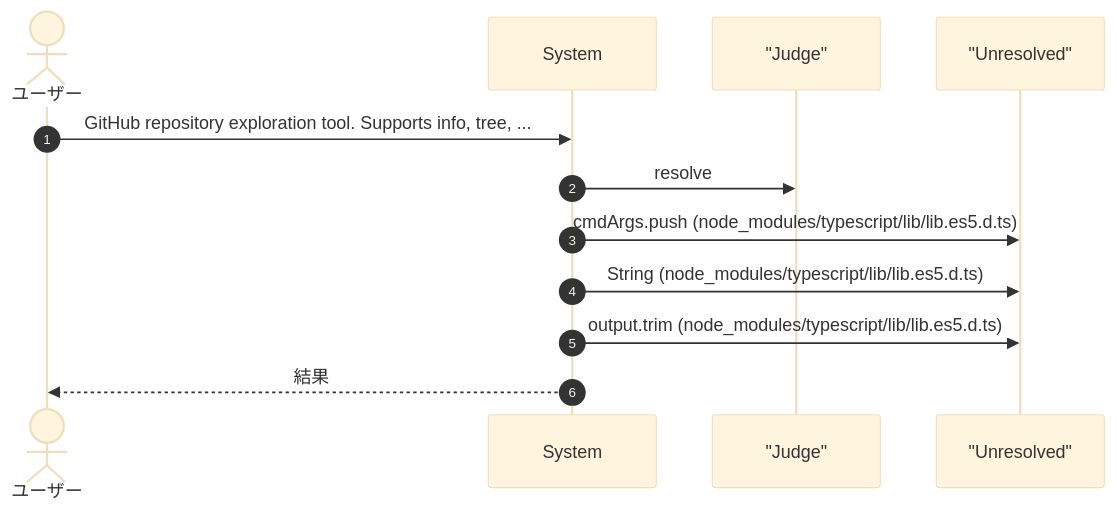
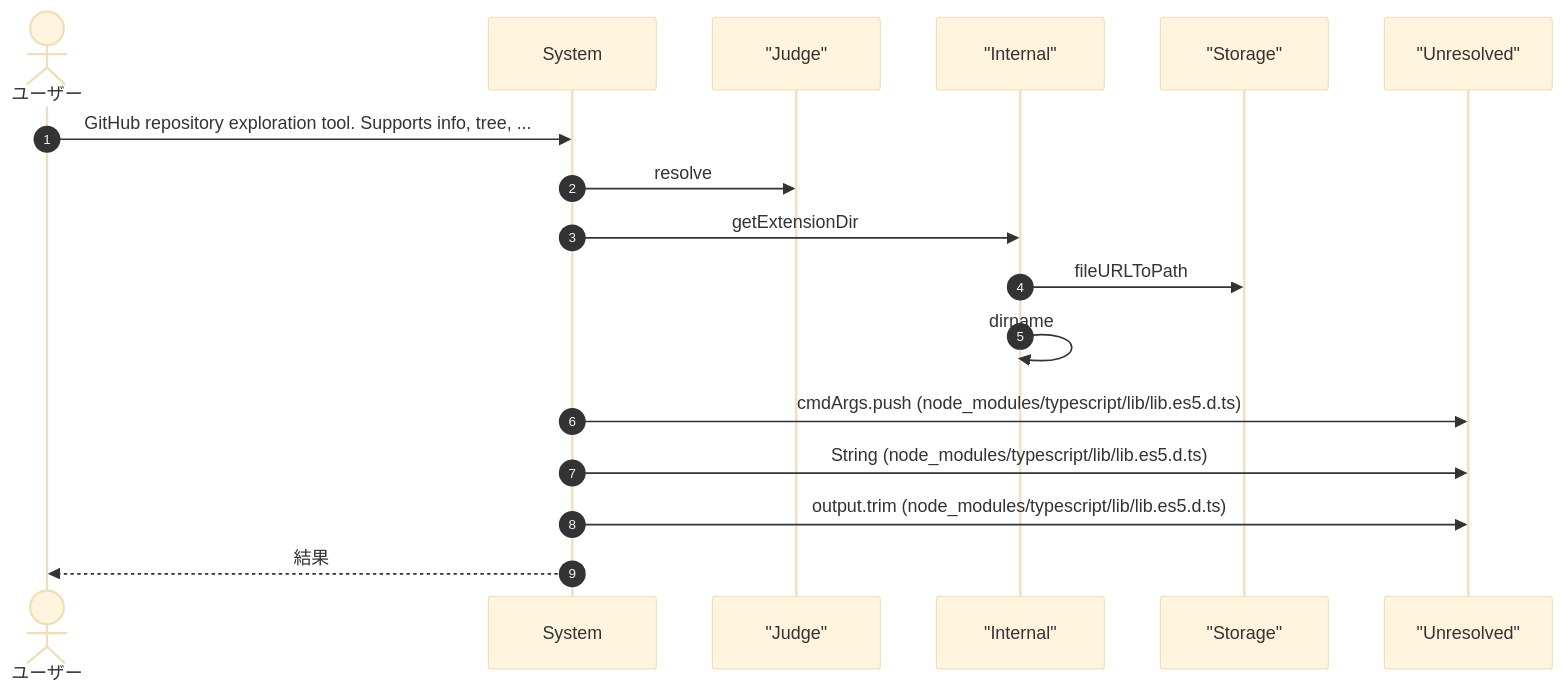
One commit to Mekann2904/mekann changed the first of 2 diagrams in ABDD/.pi/extensions/github-agent.md. Above: the diagram before and after it, drawn with Mermaid (base theme). The commit also changed other lines of this file and 205 other files, not shown here.

````diff
--- a/ABDD/.pi/extensions/github-agent.md
+++ b/ABDD/.pi/extensions/github-agent.md
@@ -40,16 +40,21 @@
 ```mermaid
 sequenceDiagram
   autonumber
   actor User as ユーザー
   participant System as System
   participant Judge as "Judge"
+  participant Internal as "Internal"
+  participant Storage as "Storage"
   participant Unresolved as "Unresolved"
 
   User->>System: GitHub repository exploration tool. Supports info, tree, ...
   System->>Judge: resolve
+  System->>Internal: getExtensionDir
+  Internal->>Storage: fileURLToPath
+  Internal->>Internal: dirname
   System->>Unresolved: cmdArgs.push (node_modules/typescript/lib/lib.es5.d.ts)
   System->>Unresolved: String (node_modules/typescript/lib/lib.es5.d.ts)
   System->>Unresolved: output.trim (node_modules/typescript/lib/lib.es5.d.ts)
   System-->>User: 結果
 
 ```
````
